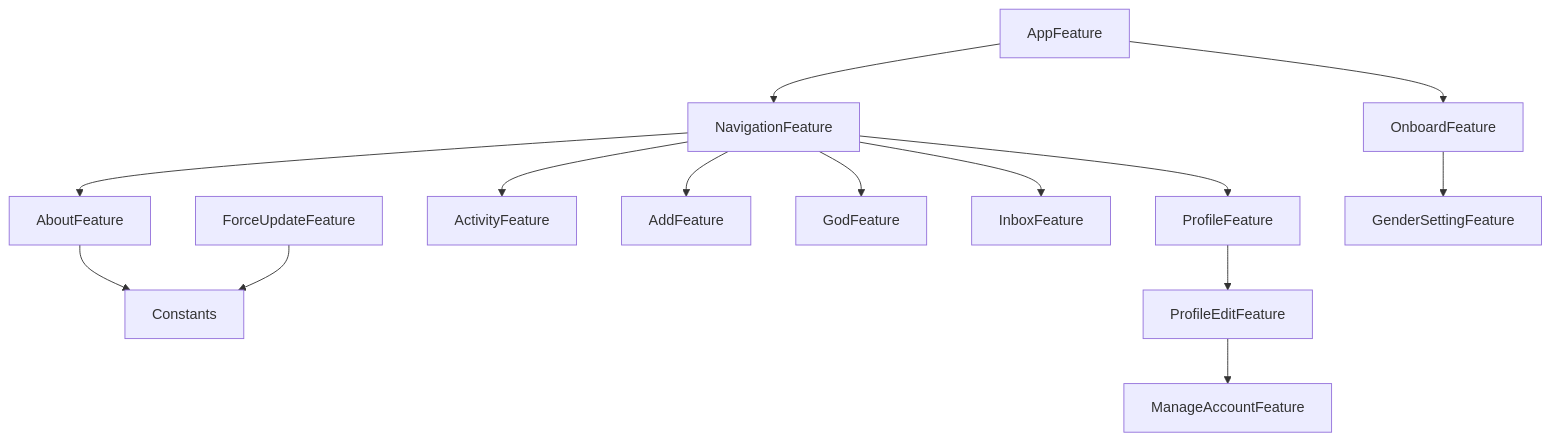
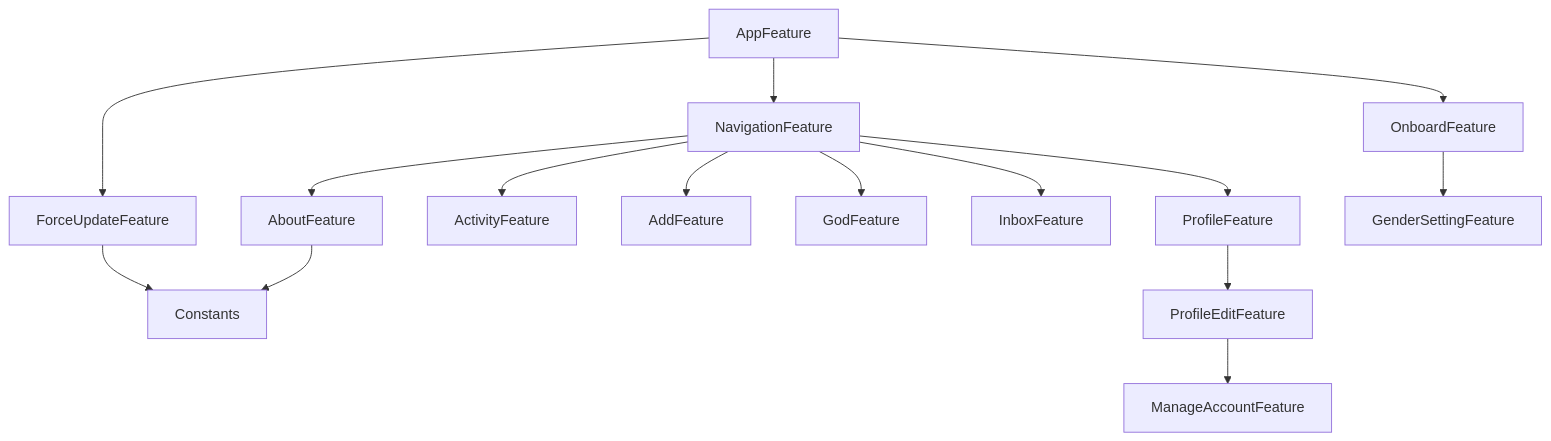
Before and after one commit to 0x1-company/god-ios: the diagram in Packages/GodPackage/README.md, drawn with Mermaid.

Commit message:
Run dgraph

````diff
--- a/Packages/GodPackage/README.md
+++ b/Packages/GodPackage/README.md
@@ -6,16 +6,17 @@
 ```mermaid
 graph TD;
     AboutFeature-->Constants;
     AppFeature-->OnboardFeature;
     AppFeature-->NavigationFeature;
+    AppFeature-->ForceUpdateFeature;
     ForceUpdateFeature-->Constants;
     NavigationFeature-->AboutFeature;
     NavigationFeature-->ActivityFeature;
     NavigationFeature-->AddFeature;
     NavigationFeature-->GodFeature;
     NavigationFeature-->InboxFeature;
     NavigationFeature-->ProfileFeature;
     OnboardFeature-->GenderSettingFeature;
     ProfileEditFeature-->ManageAccountFeature;
     ProfileFeature-->ProfileEditFeature;
 ```
````
